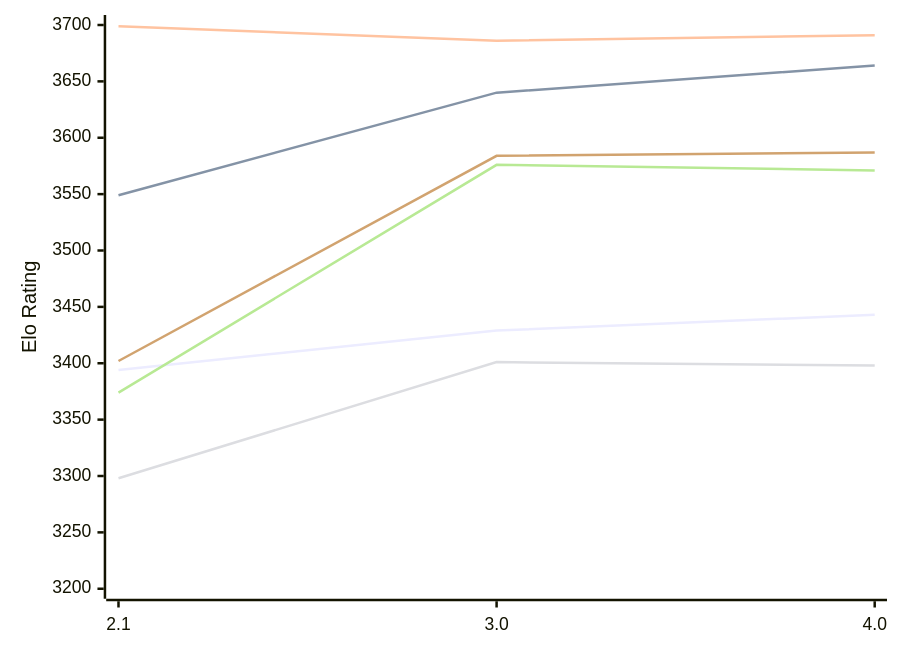
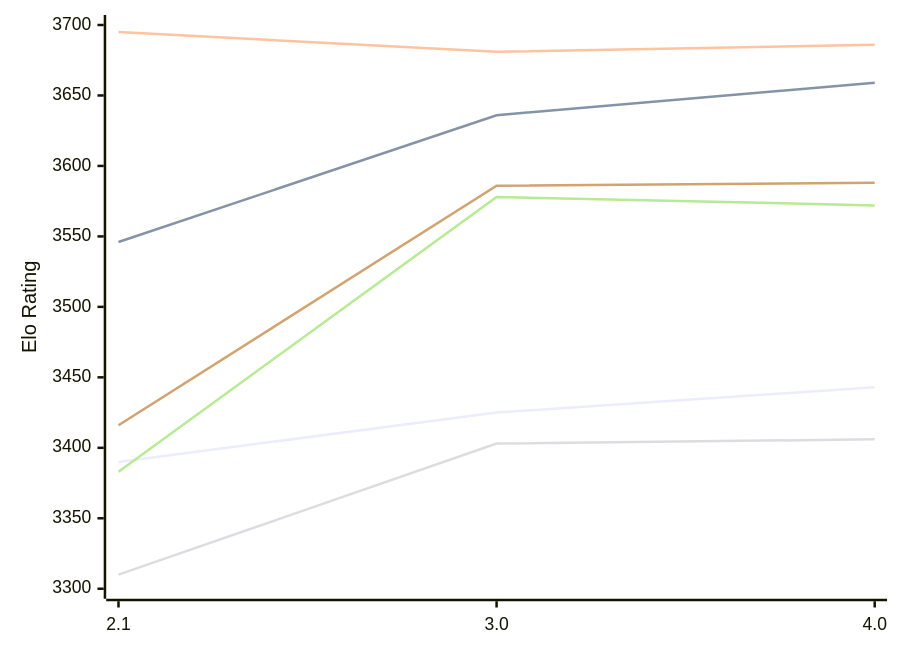
One commit to computer-chess-index/cci changed the first of 2 diagrams in engines/Hobbes.md. Above: the diagram before and after it, drawn with Mermaid. The commit also changed other lines of this file, not shown here.

Commit message:
Update CCI Ratings (ELO VLTC) - 2026-11-21

````diff
--- a/engines/Hobbes.md
+++ b/engines/Hobbes.md
@@ -53,12 +53,12 @@
 ```mermaid
 %%{init: {"theme":"base","themeVariables":{"seriesColors:['#a3a3a3','#222221','#faa371']}}}%%
 xychart-beta
   x-axis ["2.1", "3.0", "4.0"]
-  y-axis "Elo Rating" 3200 --> 3700
-  line "E1: STC (8.0+0.08s)" [3394, 3429, 3443]
-  line "E1: LTC (60.0+0.60s)" [3549, 3640, 3664]
-  line "E1: VLTC (2m24s+1.12s)" [3699, 3686, 3691]
-  line "P1: STC (8.0+0.08s)" [3298, 3401, 3398]
-  line "P1: LTC (60.0+0.60s)" [3374, 3576, 3571]
-  line "P1: VLTC (2m24s+1.12s)" [3402, 3584, 3587]
+  y-axis "Elo Rating" 3300 --> 3700
+  line "E1: STC (8.0+0.08s)" [3390, 3425, 3443]
+  line "E1: LTC (60.0+0.60s)" [3546, 3636, 3659]
+  line "E1: VLTC (2m24s+1.12s)" [3695, 3681, 3686]
+  line "P1: STC (8.0+0.08s)" [3310, 3403, 3406]
+  line "P1: LTC (60.0+0.60s)" [3383, 3578, 3572]
+  line "P1: VLTC (2m24s+1.12s)" [3416, 3586, 3588]
 ```
````
